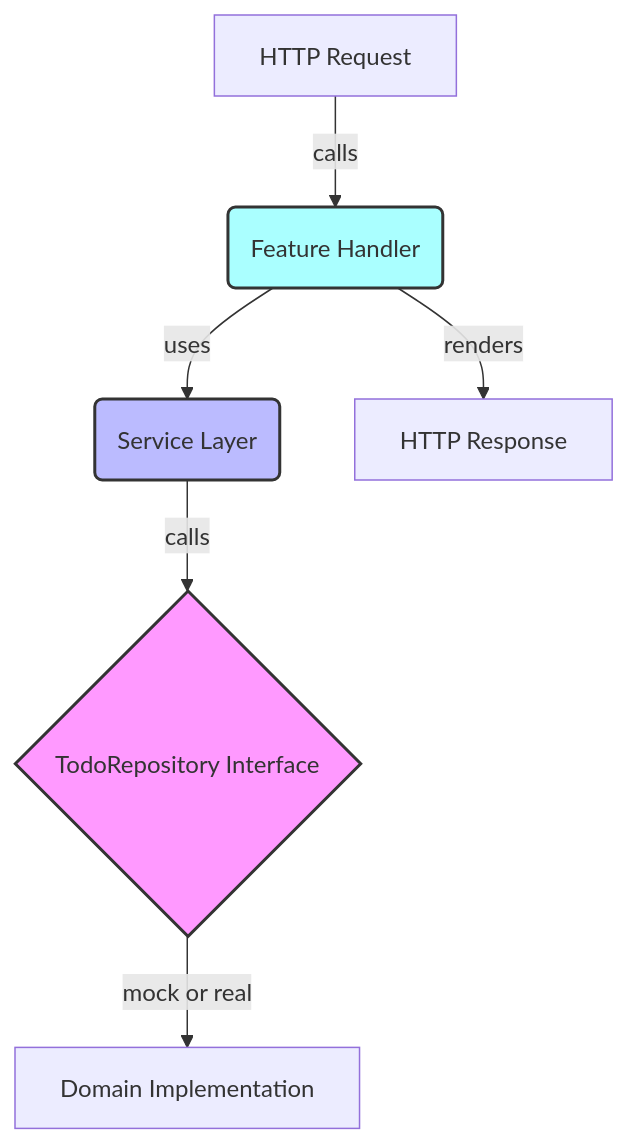
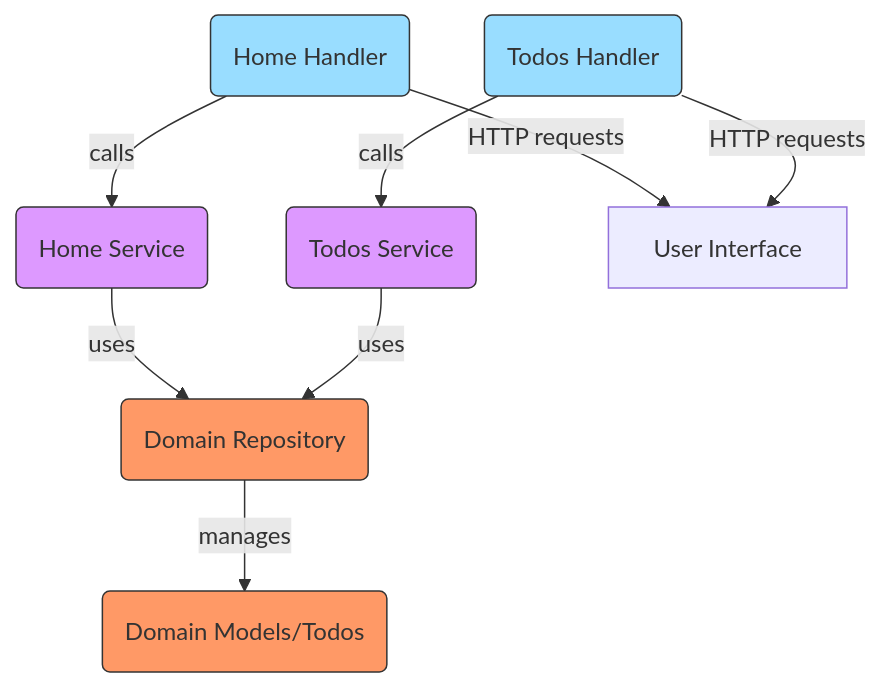
One commit to hkdeman/todos-docs changed the diagram in documentation/testing/feature-tests.mdx. Above: the diagram before and after it, drawn with Mermaid. The commit also changed other lines of this file and 10 other files, not shown here.

````diff
--- a/documentation/testing/feature-tests.mdx
+++ b/documentation/testing/feature-tests.mdx
@@ -154,11 +147,18 @@
 ```mermaid
 flowchart TD
-  A[HTTP Request] -->|calls| B(Feature Handler)
-  B -->|uses| C(Service Layer)
-  C -->|calls| D{TodoRepository Interface}
-  D -->|mock or real| E[Domain Implementation]
-  B -->|renders| F[HTTP Response]
-  style D fill:#f9f,stroke:#333,stroke-width:2px
-  style C fill:#bbf,stroke:#333,stroke-width:2px
-  style B fill:#aff,stroke:#333,stroke-width:2px
+  H(Home Handler) -->|calls| S(Home Service)
+  T(Todos Handler) -->|calls| TS(Todos Service)
+  S(Home Service) -->|uses| DR(Domain Repository)
+  TS(Todos Service) -->|uses| DR
+  DR -->|manages| D(Domain Models/Todos)
+  H -->|HTTP requests| UI[User Interface]
+  T -->|HTTP requests| UI
+
+  classDef service fill:#d9f,stroke:#333,stroke-width:1px;
+  classDef handler fill:#9df,stroke:#333,stroke-width:1px;
+  classDef domain fill:#f96,stroke:#333,stroke-width:1px;
+
+  class H,T handler
+  class S,TS service
+  class DR,D domain
 ```
````
